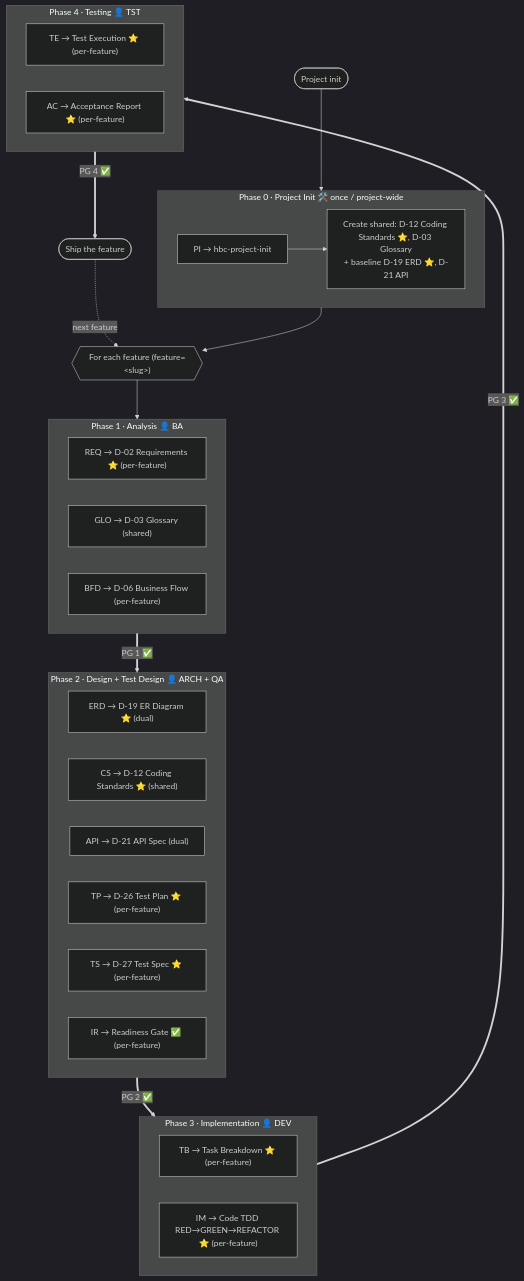
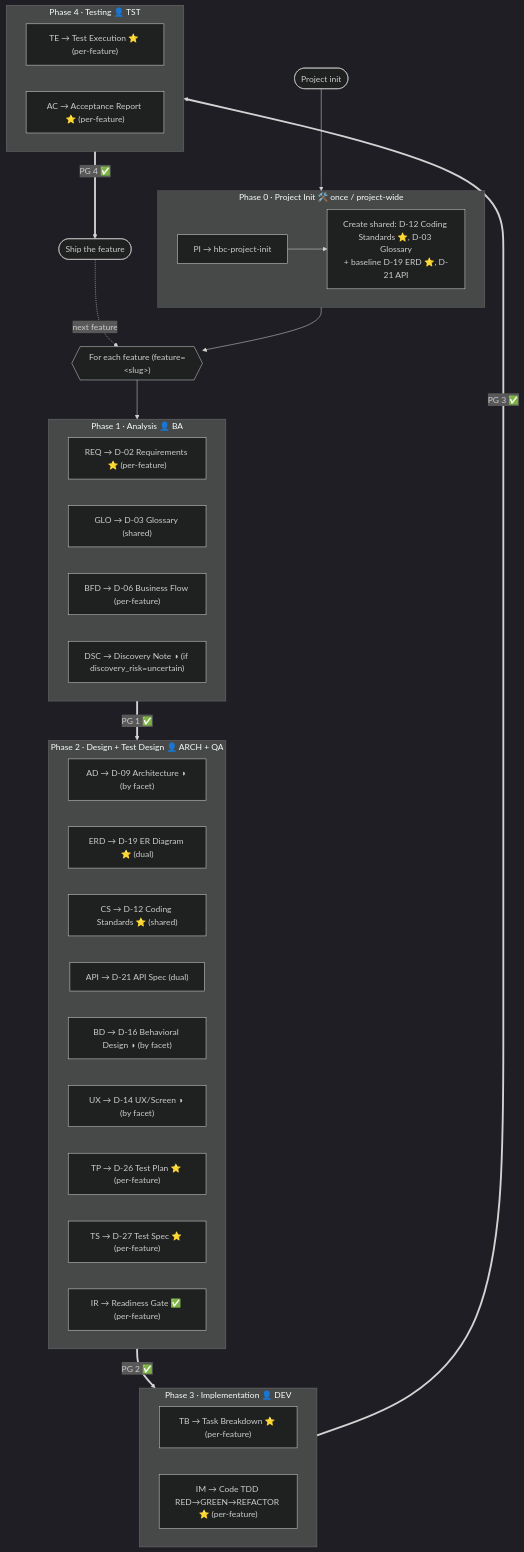
One commit to hanh9898/waterfall-bmad-method changed the first of 2 diagrams in docs/en/tutorials/workflow-map.md. Above: the diagram before and after it, drawn with Mermaid (dark theme). The commit also changed other lines of this file and 52 other files, not shown here.

First line of the commit message:
feat(hbc): discovery-spike [DSC] + D-code reconcile + gate P1-11 + bilingual docs

````diff
--- a/docs/en/tutorials/workflow-map.md
+++ b/docs/en/tutorials/workflow-map.md
@@ -17,45 +17,49 @@
 ```mermaid
 flowchart TD
     INIT([Project init]) --> P0
 
     subgraph P0["Phase 0 · Project Init 🛠️ once / project-wide"]
         PI["PI → hbc-project-init"]
         PISHARED["Create shared: D-12 Coding Standards ⭐, D-03 Glossary<br/>+ baseline D-19 ERD ⭐, D-21 API"]
         PI --> PISHARED
     end
 
     P0 --> LOOP{{"For each feature (feature=&lt;slug&gt;)"}}
 
     LOOP --> P1
 
     subgraph P1["Phase 1 · Analysis 👤 BA"]
         REQ["REQ → D-02 Requirements ⭐ (per-feature)"]
         GLO["GLO → D-03 Glossary (shared)"]
         BFD["BFD → D-06 Business Flow (per-feature)"]
+        DSC["DSC → Discovery Note ◑ (if discovery_risk=uncertain)"]
     end
 
     subgraph P2["Phase 2 · Design + Test Design 👤 ARCH + QA"]
+        AD["AD → D-09 Architecture ◑ (by facet)"]
         ERD["ERD → D-19 ER Diagram ⭐ (dual)"]
         CS["CS → D-12 Coding Standards ⭐ (shared)"]
         API["API → D-21 API Spec (dual)"]
+        BD["BD → D-16 Behavioral Design ◑ (by facet)"]
+        UX["UX → D-14 UX/Screen ◑ (by facet)"]
         TP["TP → D-26 Test Plan ⭐ (per-feature)"]
         TS["TS → D-27 Test Spec ⭐ (per-feature)"]
         IR["IR → Readiness Gate ✅ (per-feature)"]
     end
 
     subgraph P3["Phase 3 · Implementation 👤 DEV"]
         TB["TB → Task Breakdown ⭐ (per-feature)"]
         IM["IM → Code TDD RED→GREEN→REFACTOR ⭐ (per-feature)"]
     end
 
     subgraph P4["Phase 4 · Testing 👤 TST"]
         TE["TE → Test Execution ⭐ (per-feature)"]
         AC["AC → Acceptance Report ⭐ (per-feature)"]
     end
 
     P1 ==>|PG 1 ✅| P2
     P2 ==>|PG 2 ✅| P3
     P3 ==>|PG 3 ✅| P4
     P4 ==>|PG 4 ✅| SHIP([Ship the feature])
     SHIP -.->|next feature| LOOP
 ```
````
